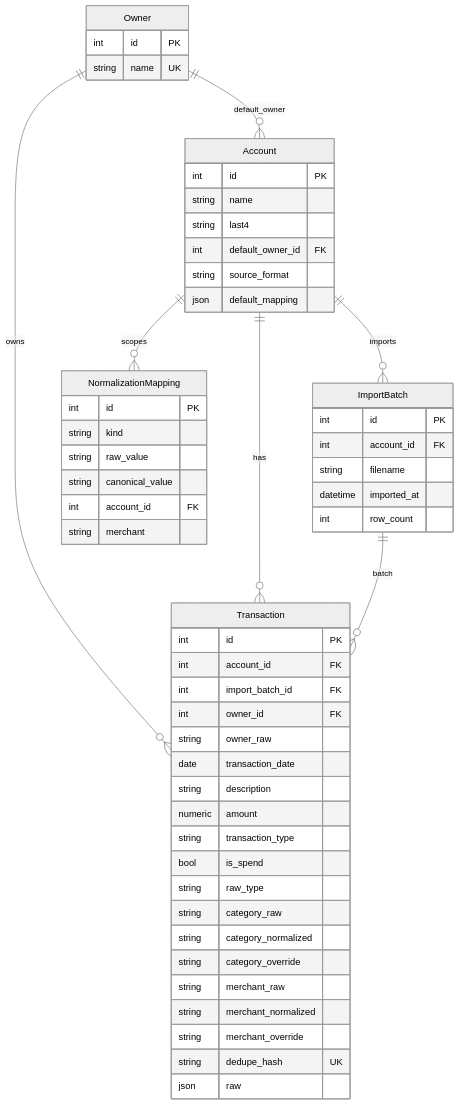
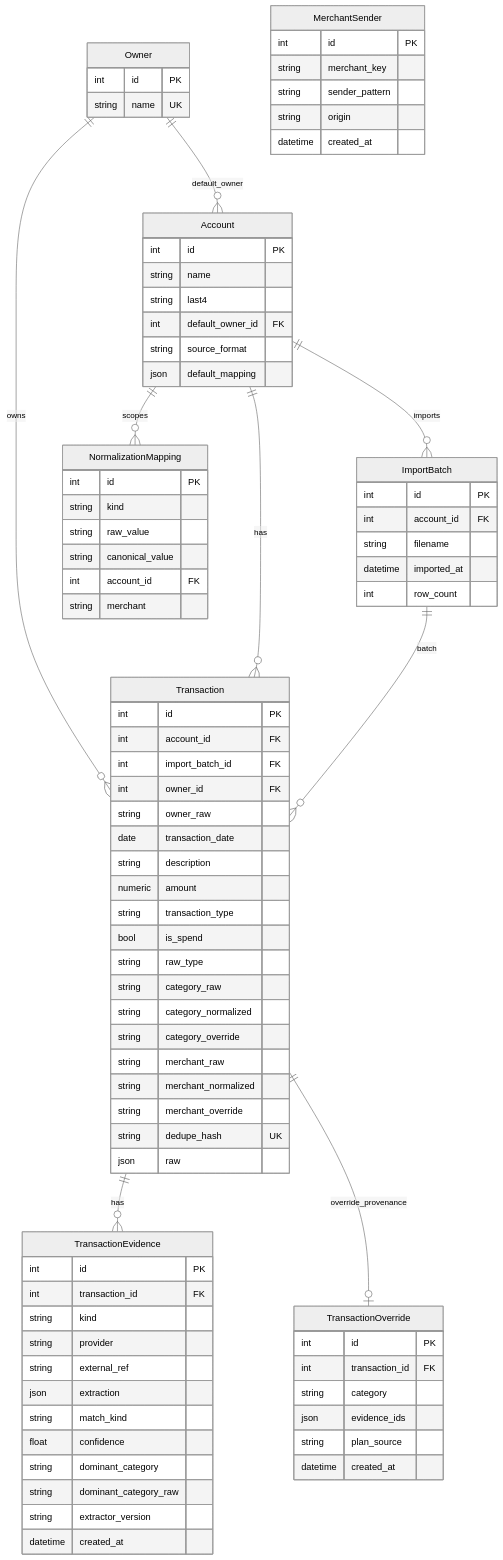
The first of 2 diagrams in docs/PROJECT-MAP.md (camilo1rp/finance-tracker), drawn with Mermaid (neutral theme) before and after one commit. The commit also changed other lines of this file and 14 other files, not shown here.

Commit message:
enrichment(A): EmailSource port, receipt domain, evidence tables, matcher, CLI

```diff
--- a/docs/PROJECT-MAP.md
+++ b/docs/PROJECT-MAP.md
@@ -282,6 +347,8 @@
     Account ||--o{ Transaction : has
     Account ||--o{ ImportBatch : imports
     Account ||--o{ NormalizationMapping : scopes
+    Transaction ||--o{ TransactionEvidence : has
+    Transaction ||--o| TransactionOverride : override_provenance
     ImportBatch ||--o{ Transaction : batch
 
     Owner {
@@ -303,6 +370,35 @@
         string canonical_value
         int account_id FK
         string merchant
+    }
+    TransactionEvidence {
+        int id PK
+        int transaction_id FK
+        string kind
+        string provider
+        string external_ref
+        json extraction
+        string match_kind
+        float confidence
+        string dominant_category
+        string dominant_category_raw
+        string extractor_version
+        datetime created_at
+    }
+    MerchantSender {
+        int id PK
+        string merchant_key
+        string sender_pattern
+        string origin
+        datetime created_at
+    }
+    TransactionOverride {
+        int id PK
+        int transaction_id FK
+        string category
+        json evidence_ids
+        string plan_source
+        datetime created_at
     }
     ImportBatch {
         int id PK
```
